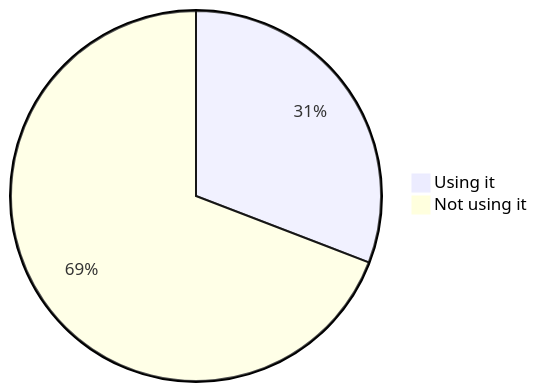
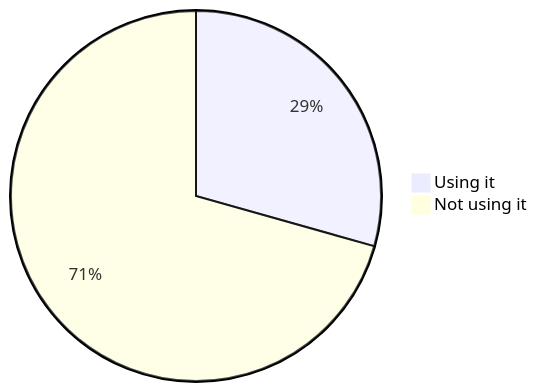
Diagram 16 of 22 in stats.md (oshp/oshp-stats), drawn with Mermaid before and after one commit. The commit also changed other lines of this file, not shown here.

````diff
--- a/stats.md
+++ b/stats.md
@@ -190,6 +190,6 @@
 ```mermaid
 pie
-	"Using it" : 30.84
-	"Not using it" : 69.16
+	"Using it" : 29.37
+	"Not using it" : 70.63
 
 ```
````
